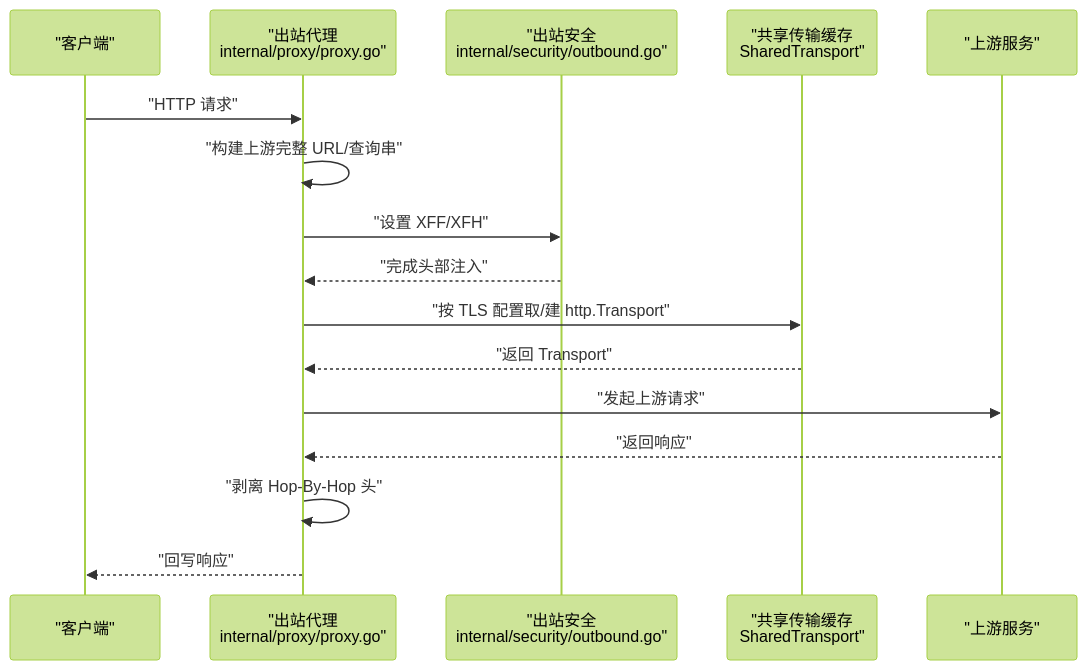
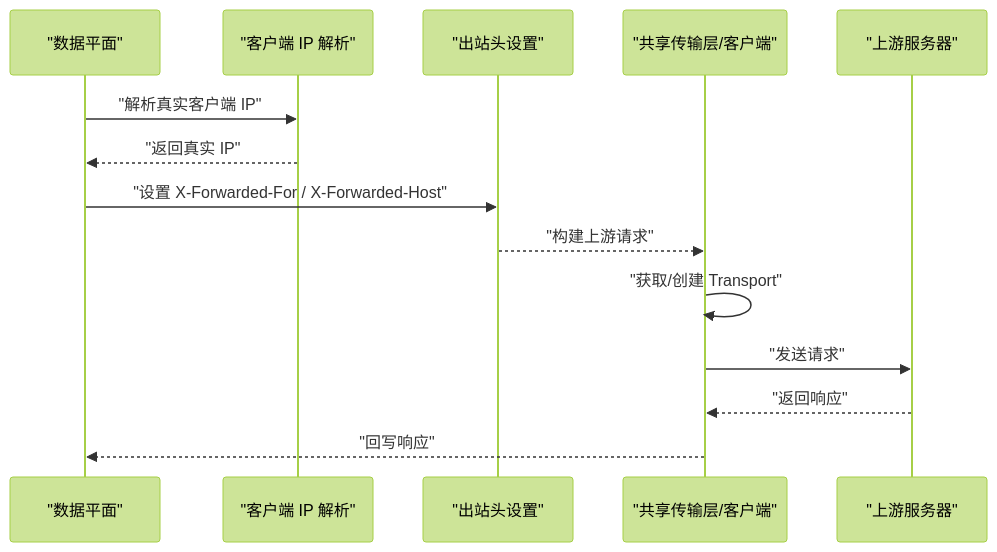
Before and after one commit to x01n/My-OpenWaf: the second of 8 diagrams in docs/安全机制/出站安全控制.md, drawn with Mermaid (forest theme). The commit also changed other lines of this file and 199 other files, not shown here.

````diff
--- a/docs/安全机制/出站安全控制.md
+++ b/docs/安全机制/出站安全控制.md
@@ -139,18 +112,16 @@
 ```mermaid
 sequenceDiagram
-participant Client as "客户端"
-participant Proxy as "出站代理<br/>internal/proxy/proxy.go"
-participant Sec as "出站安全<br/>internal/security/outbound.go"
-participant Pool as "共享传输缓存<br/>SharedTransport"
-participant Up as "上游服务"
-Client->>Proxy : "HTTP 请求"
-Proxy->>Proxy : "构建上游完整 URL/查询串"
-Proxy->>Sec : "设置 XFF/XFH"
-Sec-->>Proxy : "完成头部注入"
-Proxy->>Pool : "按 TLS 配置取/建 http.Transport"
-Pool-->>Proxy : "返回 Transport"
-Proxy->>Up : "发起上游请求"
-Up-->>Proxy : "返回响应"
-Proxy->>Proxy : "剥离 Hop-By-Hop 头"
-Proxy-->>Client : "回写响应"
+participant DP as "数据平面"
+participant SEC_IP as "客户端 IP 解析"
+participant SEC_OUT as "出站头设置"
+participant PRX as "共享传输层/客户端"
+participant UP as "上游服务器"
+DP->>SEC_IP : "解析真实客户端 IP"
+SEC_IP-->>DP : "返回真实 IP"
+DP->>SEC_OUT : "设置 X-Forwarded-For / X-Forwarded-Host"
+SEC_OUT-->>PRX : "构建上游请求"
+PRX->>PRX : "获取/创建 Transport"
+PRX->>UP : "发送请求"
+UP-->>PRX : "返回响应"
+PRX-->>DP : "回写响应"
 ```
````
